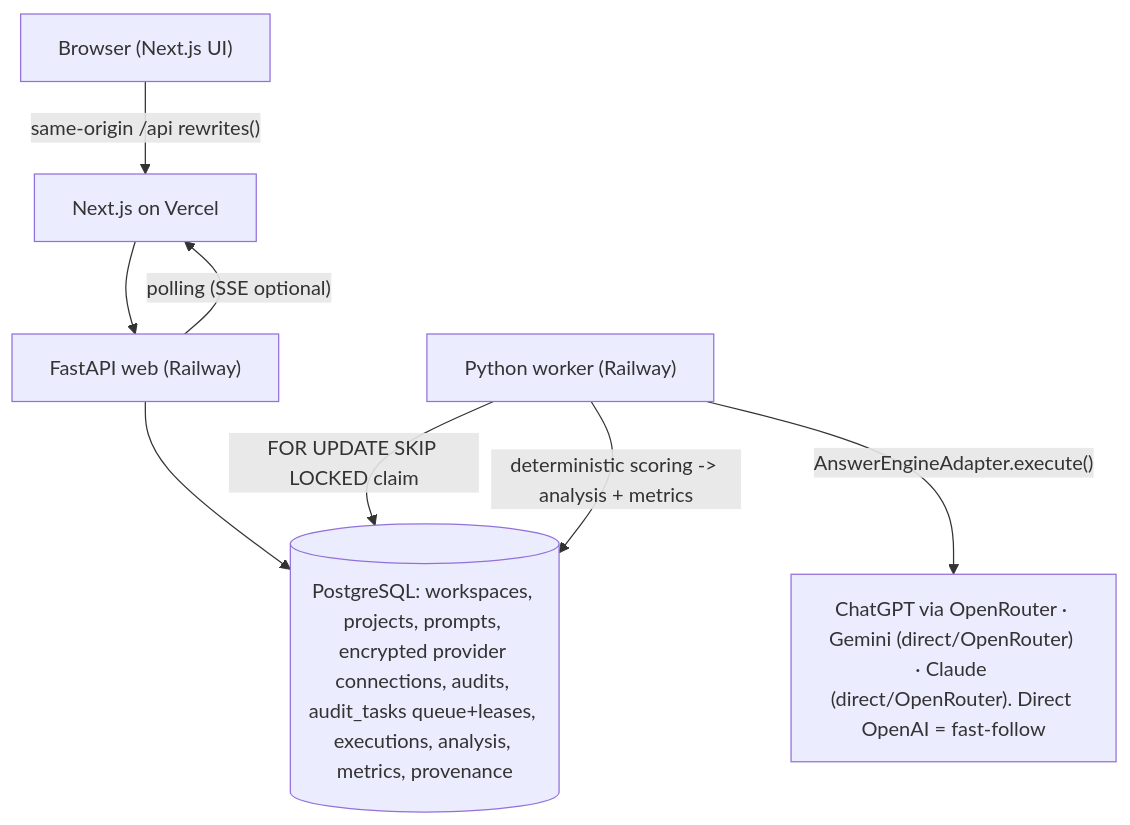
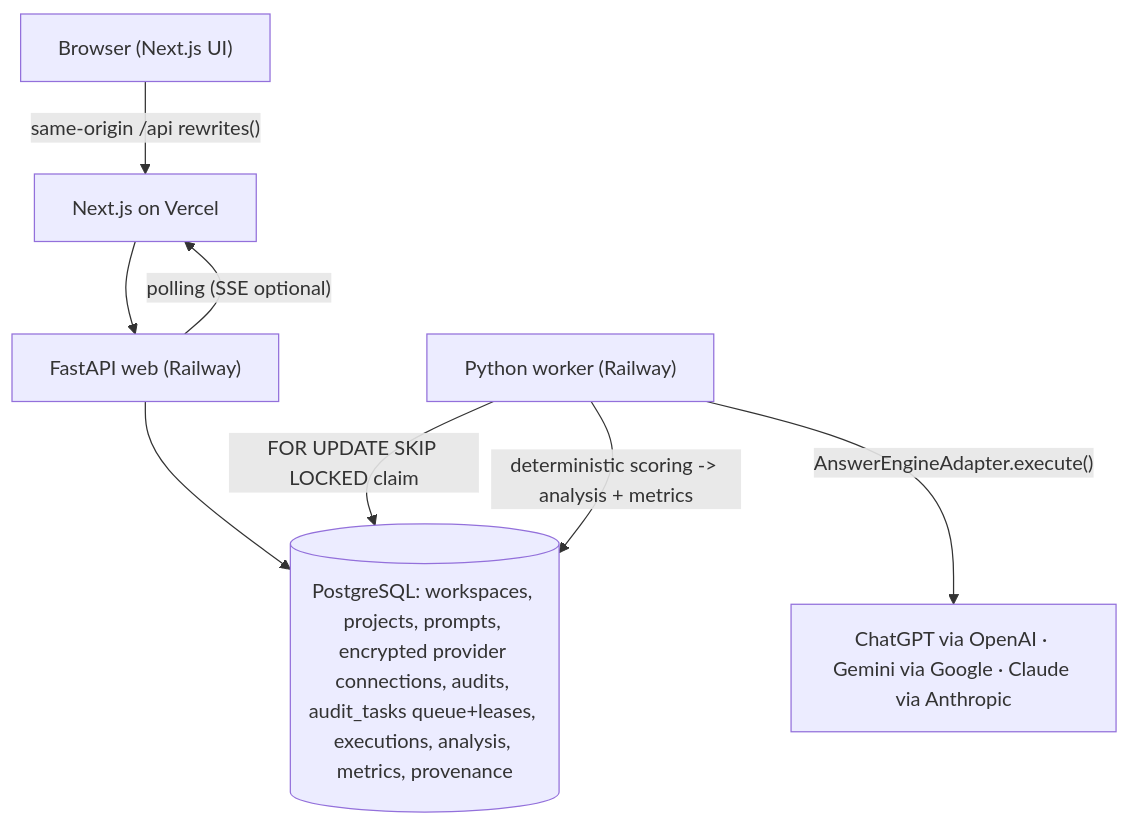
The first of 2 diagrams in docs/plans/v1-searchify-visibility-mvp-summary.md (abhij1306/Searchify), drawn with Mermaid before and after one commit. The commit also changed other lines of this file and 39 other files, not shown here.

````diff
--- a/docs/plans/v1-searchify-visibility-mvp-summary.md
+++ b/docs/plans/v1-searchify-visibility-mvp-summary.md
@@ -45,10 +45,10 @@
 ```mermaid
 flowchart TD
   Browser["Browser (Next.js UI)"] -->|"same-origin /api rewrites()"| Web["Next.js on Vercel"]
   Web --> API["FastAPI web (Railway)"]
   API -->|"polling (SSE optional)"| Web
   API --> PG[("PostgreSQL: workspaces, projects, prompts, encrypted provider connections, audits, audit_tasks queue+leases, executions, analysis, metrics, provenance")]
   Worker["Python worker (Railway)"] -->|"FOR UPDATE SKIP LOCKED claim"| PG
-  Worker -->|"AnswerEngineAdapter.execute()"| Engines["ChatGPT via OpenRouter · Gemini (direct/OpenRouter) · Claude (direct/OpenRouter). Direct OpenAI = fast-follow"]
+  Worker -->|"AnswerEngineAdapter.execute()"| Engines["ChatGPT via OpenAI · Gemini via Google · Claude via Anthropic"]
   Worker -->|"deterministic scoring -> analysis + metrics"| PG
 ```
````
